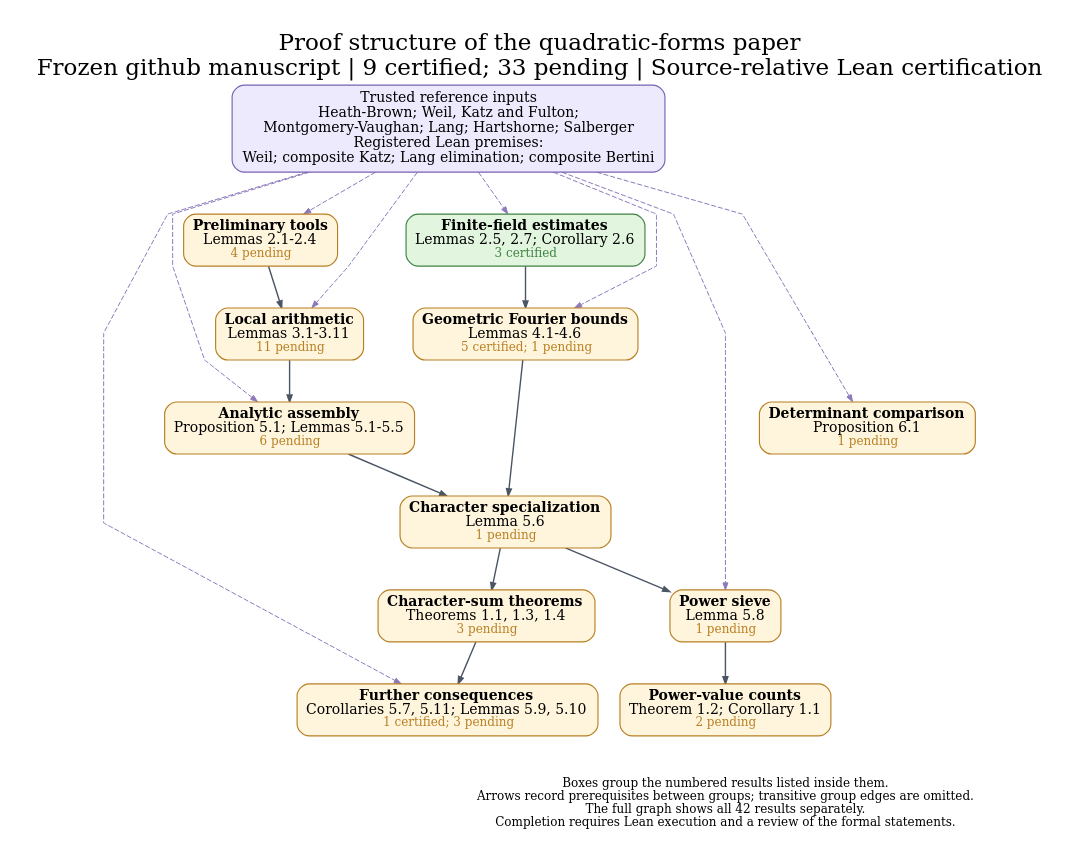
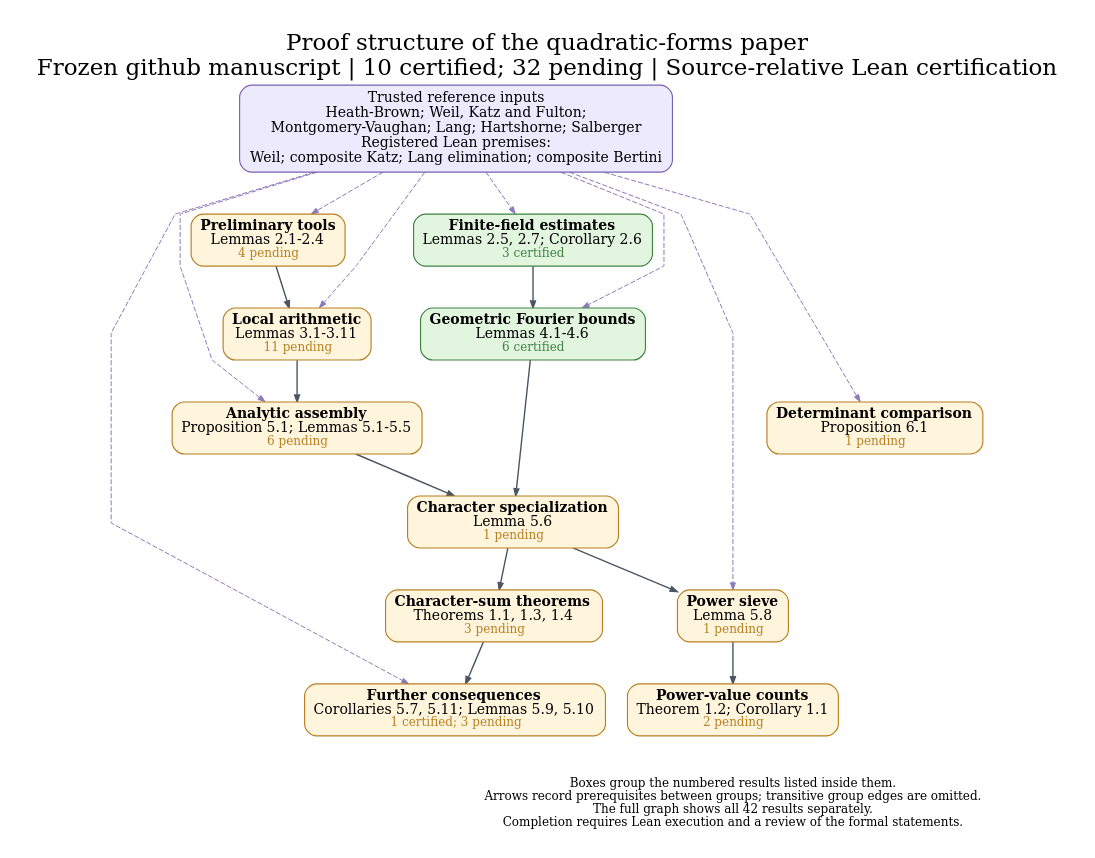
The diagram in docs/dependency_overview.dot (nicolasrobles/quaternary-quadratic-forms), drawn with Graphviz before and after one commit. The commit also changed 34 other files, not shown here.

```diff
--- a/docs/dependency_overview.dot
+++ b/docs/dependency_overview.dot
@@ -1,43 +1,43 @@
 digraph Overview {
 graph [rankdir=TB, newrank=true, compound=true, outputorder=edgesfirst,
   bgcolor="white", fontname="DejaVu Serif", fontsize=23, labelloc=t,
-  label="Proof structure of the quadratic-forms paper\nFrozen github manuscript | 9 certified; 33 pending | Source-relative Lean certification",
+  label="Proof structure of the quadratic-forms paper\nFrozen github manuscript | 10 certified; 32 pending | Source-relative Lean certification",
   nodesep=0.30, ranksep=0.58, pad=0.28, splines=polyline];
 node [shape=box, style="rounded,filled", fillcolor="#fff4dc", color="#b88023",
   fontname="DejaVu Serif", fontsize=14, penwidth=1.15, margin="0.12,0.09"];
 edge [color="#4b5563", arrowsize=0.70, penwidth=1.05];
 sources [label="Trusted reference inputs\nHeath-Brown; Weil, Katz and Fulton;\nMontgomery-Vaughan; Lang; Hartshorne; Salberger\nRegistered Lean premises:\nWeil; composite Katz; Lang elimination; composite Bertini", fillcolor="#eeeafd", color="#7762b4", fontsize=14];
 "prelim" [label=<<B>Preliminary tools</B><BR/>Lemmas 2.1-2.4<BR/><FONT POINT-SIZE="12" COLOR="#b88023">4 pending</FONT>>, fillcolor="#fff4dc", color="#b88023", URL="https://github.com/nicolasrobles/quaternary-quadratic-forms/blob/main/INVENTORY.md", target="_blank"];
 "finite" [label=<<B>Finite-field estimates</B><BR/>Lemmas 2.5, 2.7; Corollary 2.6<BR/><FONT POINT-SIZE="12" COLOR="#408342">3 certified</FONT>>, fillcolor="#e1f5df", color="#408342", URL="https://github.com/nicolasrobles/quaternary-quadratic-forms/blob/main/INVENTORY.md", target="_blank"];
 "local" [label=<<B>Local arithmetic</B><BR/>Lemmas 3.1-3.11<BR/><FONT POINT-SIZE="12" COLOR="#b88023">11 pending</FONT>>, fillcolor="#fff4dc", color="#b88023", URL="https://github.com/nicolasrobles/quaternary-quadratic-forms/blob/main/INVENTORY.md", target="_blank"];
-"fourier" [label=<<B>Geometric Fourier bounds</B><BR/>Lemmas 4.1-4.6<BR/><FONT POINT-SIZE="12" COLOR="#b88023">5 certified; 1 pending</FONT>>, fillcolor="#fff4dc", color="#b88023", URL="https://github.com/nicolasrobles/quaternary-quadratic-forms/blob/main/INVENTORY.md", target="_blank"];
+"fourier" [label=<<B>Geometric Fourier bounds</B><BR/>Lemmas 4.1-4.6<BR/><FONT POINT-SIZE="12" COLOR="#408342">6 certified</FONT>>, fillcolor="#e1f5df", color="#408342", URL="https://github.com/nicolasrobles/quaternary-quadratic-forms/blob/main/INVENTORY.md", target="_blank"];
 "analytic" [label=<<B>Analytic assembly</B><BR/>Proposition 5.1; Lemmas 5.1-5.5<BR/><FONT POINT-SIZE="12" COLOR="#b88023">6 pending</FONT>>, fillcolor="#fff4dc", color="#b88023", URL="https://github.com/nicolasrobles/quaternary-quadratic-forms/blob/main/INVENTORY.md", target="_blank"];
 "characters" [label=<<B>Character specialization</B><BR/>Lemma 5.6<BR/><FONT POINT-SIZE="12" COLOR="#b88023">1 pending</FONT>>, fillcolor="#fff4dc", color="#b88023", URL="https://github.com/nicolasrobles/quaternary-quadratic-forms/blob/main/INVENTORY.md", target="_blank"];
 "sieve" [label=<<B>Power sieve</B><BR/>Lemma 5.8<BR/><FONT POINT-SIZE="12" COLOR="#b88023">1 pending</FONT>>, fillcolor="#fff4dc", color="#b88023", URL="https://github.com/nicolasrobles/quaternary-quadratic-forms/blob/main/INVENTORY.md", target="_blank"];
 "consequences" [label=<<B>Further consequences</B><BR/>Corollaries 5.7, 5.11; Lemmas 5.9, 5.10<BR/><FONT POINT-SIZE="12" COLOR="#b88023">1 certified; 3 pending</FONT>>, fillcolor="#fff4dc", color="#b88023", URL="https://github.com/nicolasrobles/quaternary-quadratic-forms/blob/main/INVENTORY.md", target="_blank"];
 "maincharacters" [label=<<B>Character-sum theorems</B><BR/>Theorems 1.1, 1.3, 1.4<BR/><FONT POINT-SIZE="12" COLOR="#b88023">3 pending</FONT>>, fillcolor="#fff4dc", color="#b88023", URL="https://github.com/nicolasrobles/quaternary-quadratic-forms/blob/main/INVENTORY.md", target="_blank"];
 "mainpowers" [label=<<B>Power-value counts</B><BR/>Theorem 1.2; Corollary 1.1<BR/><FONT POINT-SIZE="12" COLOR="#b88023">2 pending</FONT>>, fillcolor="#fff4dc", color="#b88023", URL="https://github.com/nicolasrobles/quaternary-quadratic-forms/blob/main/INVENTORY.md", target="_blank"];
 "fixed" [label=<<B>Determinant comparison</B><BR/>Proposition 6.1<BR/><FONT POINT-SIZE="12" COLOR="#b88023">1 pending</FONT>>, fillcolor="#fff4dc", color="#b88023", URL="https://github.com/nicolasrobles/quaternary-quadratic-forms/blob/main/INVENTORY.md", target="_blank"];
 "analytic" -> "characters" [penwidth=1.4];
 "characters" -> "maincharacters" [penwidth=1.4];
 "characters" -> "sieve" [penwidth=1.4];
 "finite" -> "fourier" [penwidth=1.4];
 "fourier" -> "characters" [penwidth=1.4];
 "local" -> "analytic" [penwidth=1.4];
 "maincharacters" -> "consequences" [penwidth=1.4];
 "prelim" -> "local" [penwidth=1.4];
 "sieve" -> "mainpowers" [penwidth=1.4];
 sources -> "analytic" [style=dashed, color="#8d79bc", penwidth=1.0];
 sources -> "consequences" [style=dashed, color="#8d79bc", penwidth=1.0];
 sources -> "finite" [style=dashed, color="#8d79bc", penwidth=1.0];
 sources -> "fixed" [style=dashed, color="#8d79bc", penwidth=1.0];
 sources -> "fourier" [style=dashed, color="#8d79bc", penwidth=1.0];
 sources -> "local" [style=dashed, color="#8d79bc", penwidth=1.0];
 sources -> "prelim" [style=dashed, color="#8d79bc", penwidth=1.0];
 sources -> "sieve" [style=dashed, color="#8d79bc", penwidth=1.0];
 legend [shape=plain, style="", label="Boxes group the numbered results listed inside them.\nArrows record prerequisites between groups; transitive group edges are omitted.\nThe full graph shows all 42 results separately.\nCompletion requires Lean execution and a review of the formal statements.", fontsize=12];
 {rank=sink; legend;}
 "consequences" -> legend [style=invis];
 "fixed" -> legend [style=invis];
 "mainpowers" -> legend [style=invis];
 }
```
